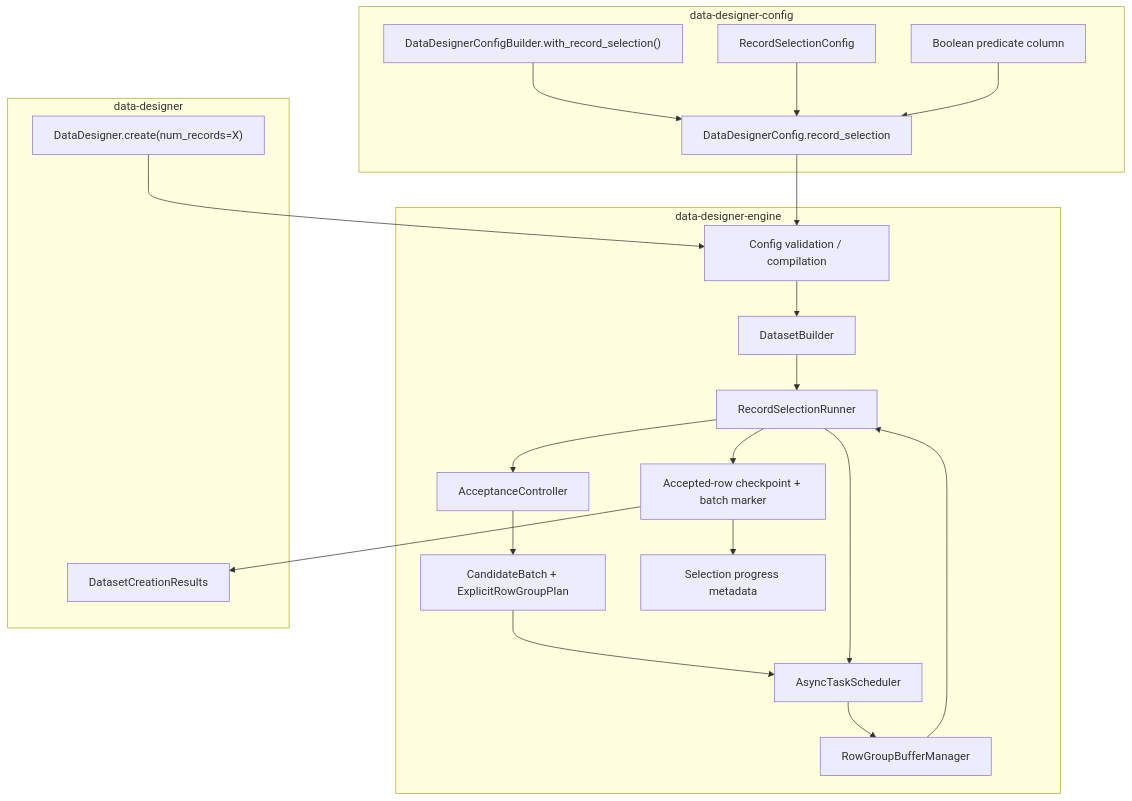
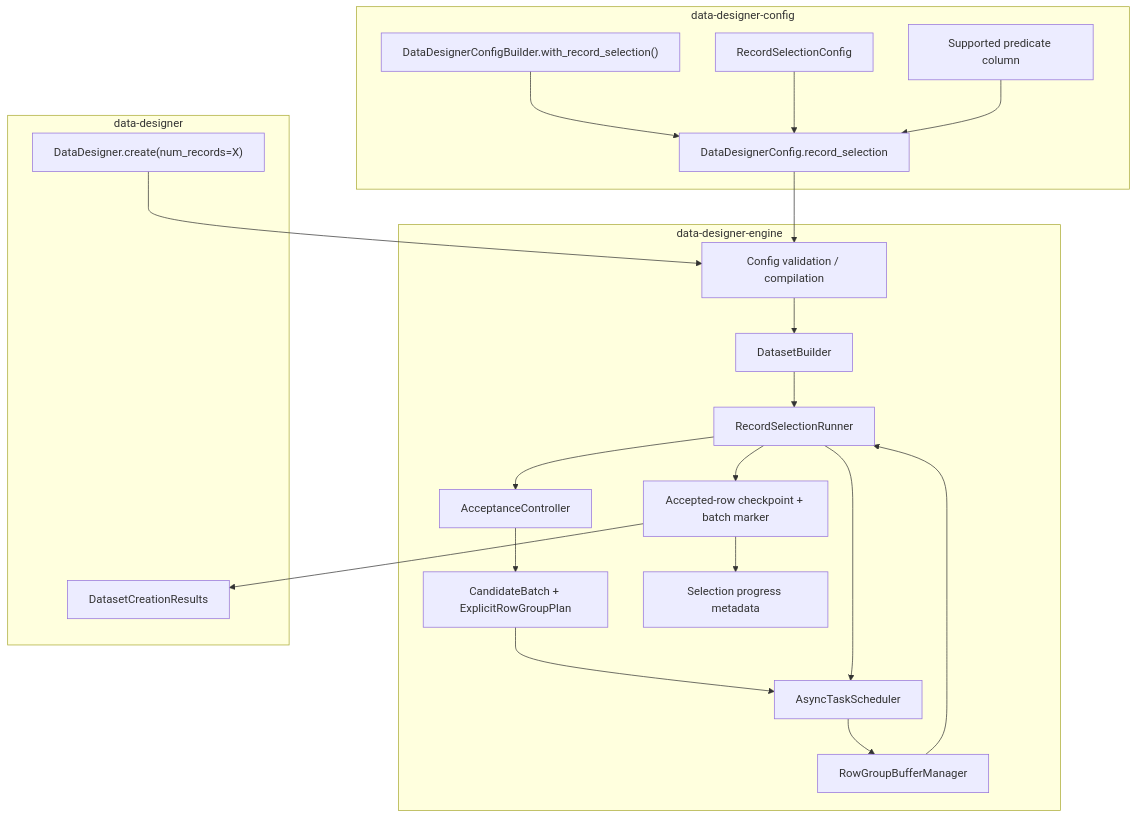
One commit to NVIDIA-NeMo/DataDesigner changed the first of 7 diagrams in plans/790/engine-native-record-selection.md. Above: the diagram before and after it, drawn with Mermaid. The commit also changed other lines of this file and 10 other files, not shown here.

````diff
--- a/plans/790/engine-native-record-selection.md
+++ b/plans/790/engine-native-record-selection.md
@@ -255,43 +260,43 @@
 ```mermaid
 flowchart TD
     subgraph config_pkg ["data-designer-config"]
         selection_config["RecordSelectionConfig"]
         data_config["DataDesignerConfig.record_selection"]
         builder_api["DataDesignerConfigBuilder.with_record_selection()"]
-        predicate_col["Boolean predicate column"]
+        predicate_col["Supported predicate column"]
     end
 
     subgraph engine_pkg ["data-designer-engine"]
         compiler["Config validation / compilation"]
         builder["DatasetBuilder"]
         runner["RecordSelectionRunner"]
         controller["AcceptanceController"]
         candidate_plan["CandidateBatch + ExplicitRowGroupPlan"]
         scheduler["AsyncTaskScheduler"]
         buffer["RowGroupBufferManager"]
         checkpoint["Accepted-row checkpoint + batch marker"]
         metadata["Selection progress metadata"]
     end
 
     subgraph interface_pkg ["data-designer"]
         create_api["DataDesigner.create(num_records=X)"]
         results["DatasetCreationResults"]
     end
 
     builder_api --> data_config
     selection_config --> data_config
     predicate_col --> data_config
     create_api --> compiler
     data_config --> compiler
     compiler --> builder
     builder --> runner
     runner --> controller
     controller --> candidate_plan
     candidate_plan --> scheduler
     runner --> scheduler
     scheduler --> buffer
     buffer --> runner
     runner --> checkpoint
     checkpoint --> metadata
     checkpoint --> results
 ```
````
